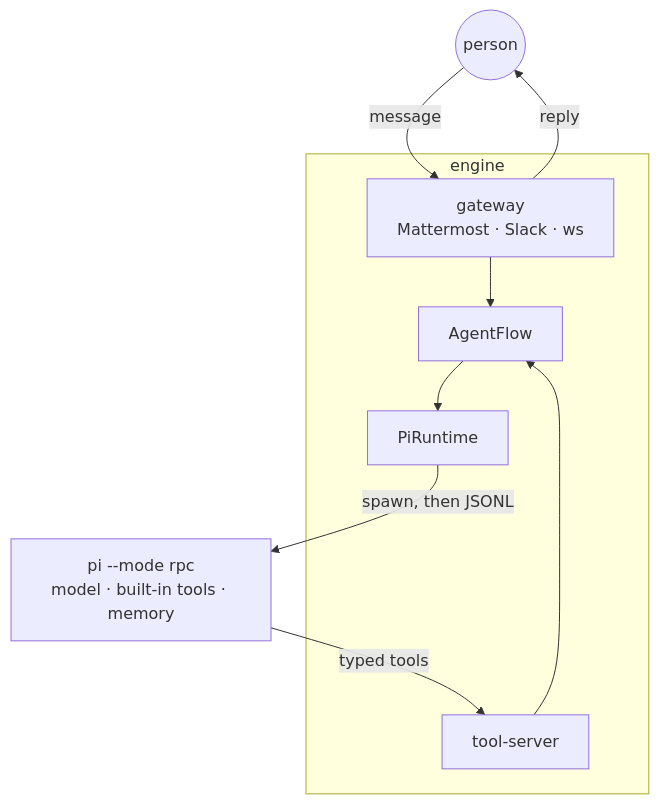
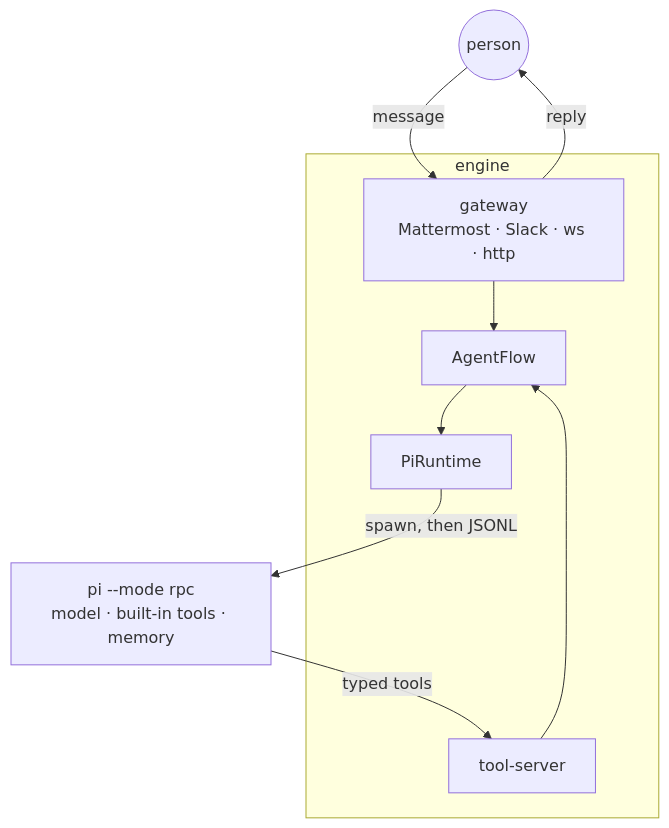
Before and after one commit to rsuchkov/impi-agent: the diagram in README.md, drawn with Mermaid. The commit also changed 40 other files, not shown here.

Commit message:
Fix what the release review found in the runtime, the tool server and the http gateway

````diff
--- a/README.md
+++ b/README.md
@@ -59,15 +59,15 @@
 ```mermaid
 flowchart TB
   U(("person"))
   U -->|message| GW
   GW -->|reply| U
 
   subgraph engine["engine"]
-    GW["gateway<br/>Mattermost · Slack · ws"] --> FLOW["AgentFlow"]
+    GW["gateway<br/>Mattermost · Slack · ws · http"] --> FLOW["AgentFlow"]
     FLOW --> RT["PiRuntime"]
     TS["tool-server"] --> FLOW
   end
 
   RT -->|"spawn, then JSONL"| PI["pi --mode rpc<br/>model · built-in tools · memory"]
   PI -->|"typed tools"| TS
 ```
````
